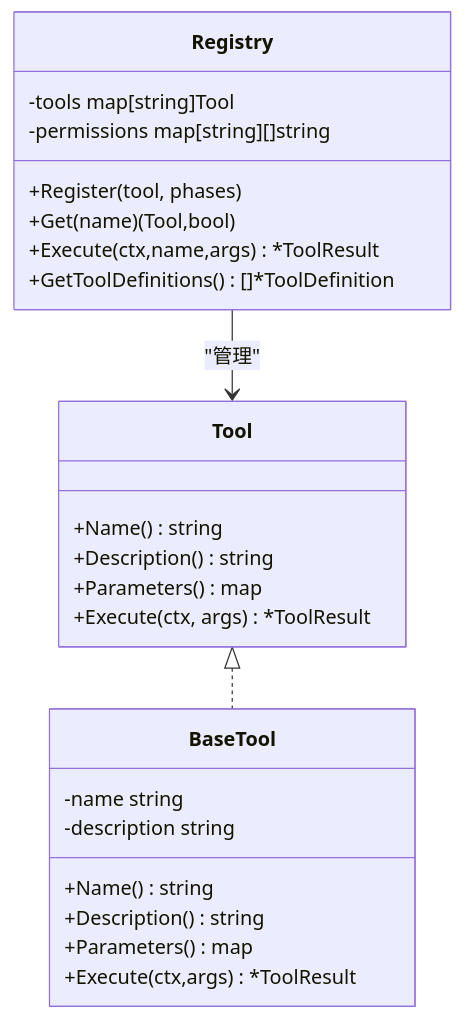
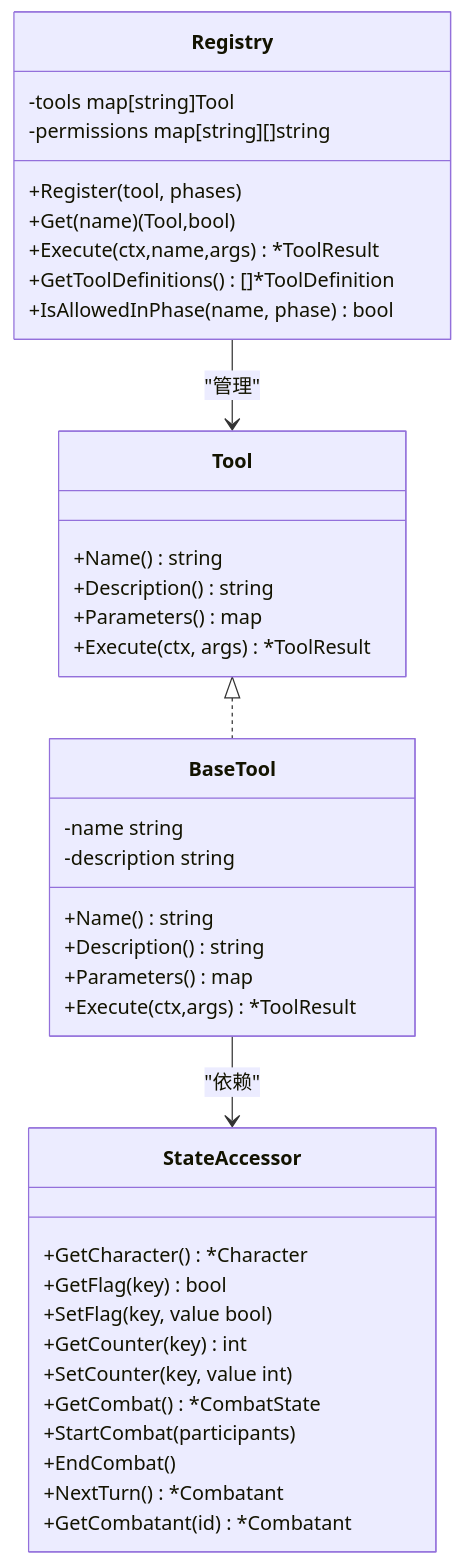
Before and after one commit to zwh8800/cdnd: the fourth of 9 diagrams in .qoder/repowiki/zh/content/游戏引擎架构/智能代理循环.md, drawn with Mermaid. The commit also changed other lines of this file and 11 other files, not shown here.

````diff
--- a/.qoder/repowiki/zh/content/游戏引擎架构/智能代理循环.md
+++ b/.qoder/repowiki/zh/content/游戏引擎架构/智能代理循环.md
@@ -229,27 +243,41 @@
 ```mermaid
 classDiagram
 class Tool {
 +Name() string
 +Description() string
 +Parameters() map
 +Execute(ctx, args) *ToolResult
 }
 class Registry {
 -tools map[string]Tool
 -permissions map[string][]string
 +Register(tool, phases)
 +Get(name) (Tool,bool)
 +Execute(ctx,name,args) *ToolResult
 +GetToolDefinitions() []*ToolDefinition
++IsAllowedInPhase(name, phase) bool
 }
 class BaseTool {
 -name string
 -description string
 +Name() string
 +Description() string
 +Parameters() map
 +Execute(ctx,args) *ToolResult
 }
+class StateAccessor {
++GetCharacter() *Character
++GetFlag(key) bool
++SetFlag(key, value bool)
++GetCounter(key) int
++SetCounter(key, value int)
++GetCombat() *CombatState
++StartCombat(participants)
++EndCombat()
++NextTurn() *Combatant
++GetCombatant(id) *Combatant
+}
 Tool <|.. BaseTool
 Registry --> Tool : "管理"
+BaseTool --> StateAccessor : "依赖"
 ```
````
